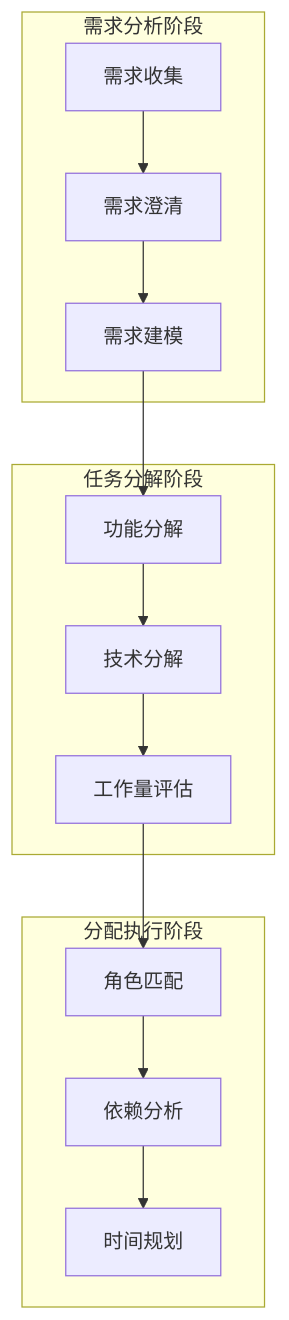
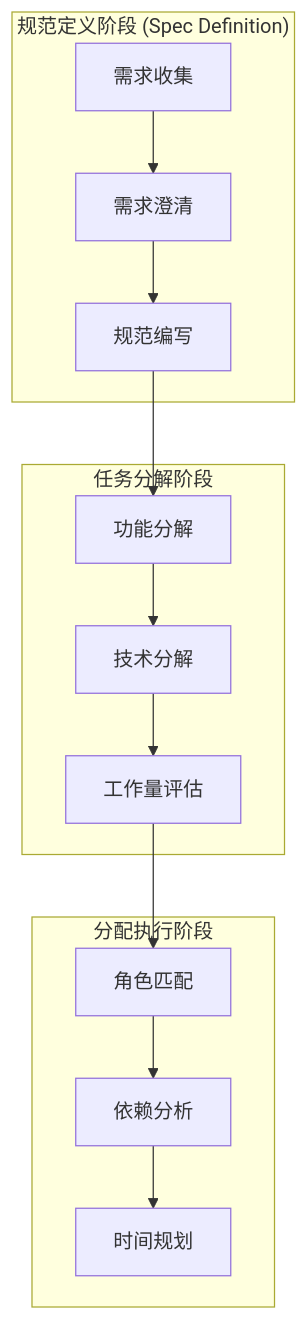
Before and after one commit to imleoo/claude-code-in-teams: the first of 3 diagrams in part3/chapter5.md, drawn with Mermaid. The commit also changed other lines of this file and 6 other files, not shown here.

````diff
--- a/part3/chapter5.md
+++ b/part3/chapter5.md
@@ -11,24 +11,24 @@
 ```mermaid
 graph TB
-    subgraph "需求分析阶段"
+    subgraph "规范定义阶段 (Spec Definition)"
         A1[需求收集]
         A2[需求澄清]
-        A3[需求建模]
+        A3[规范编写]
     end
     
     subgraph "任务分解阶段"
         B1[功能分解]
         B2[技术分解]
         B3[工作量评估]
     end
     
     subgraph "分配执行阶段"
         C1[角色匹配]
         C2[依赖分析]
         C3[时间规划]
     end
     
     A1 --> A2 --> A3
     A3 --> B1 --> B2 --> B3
     B3 --> C1 --> C2 --> C3
 ```
````
